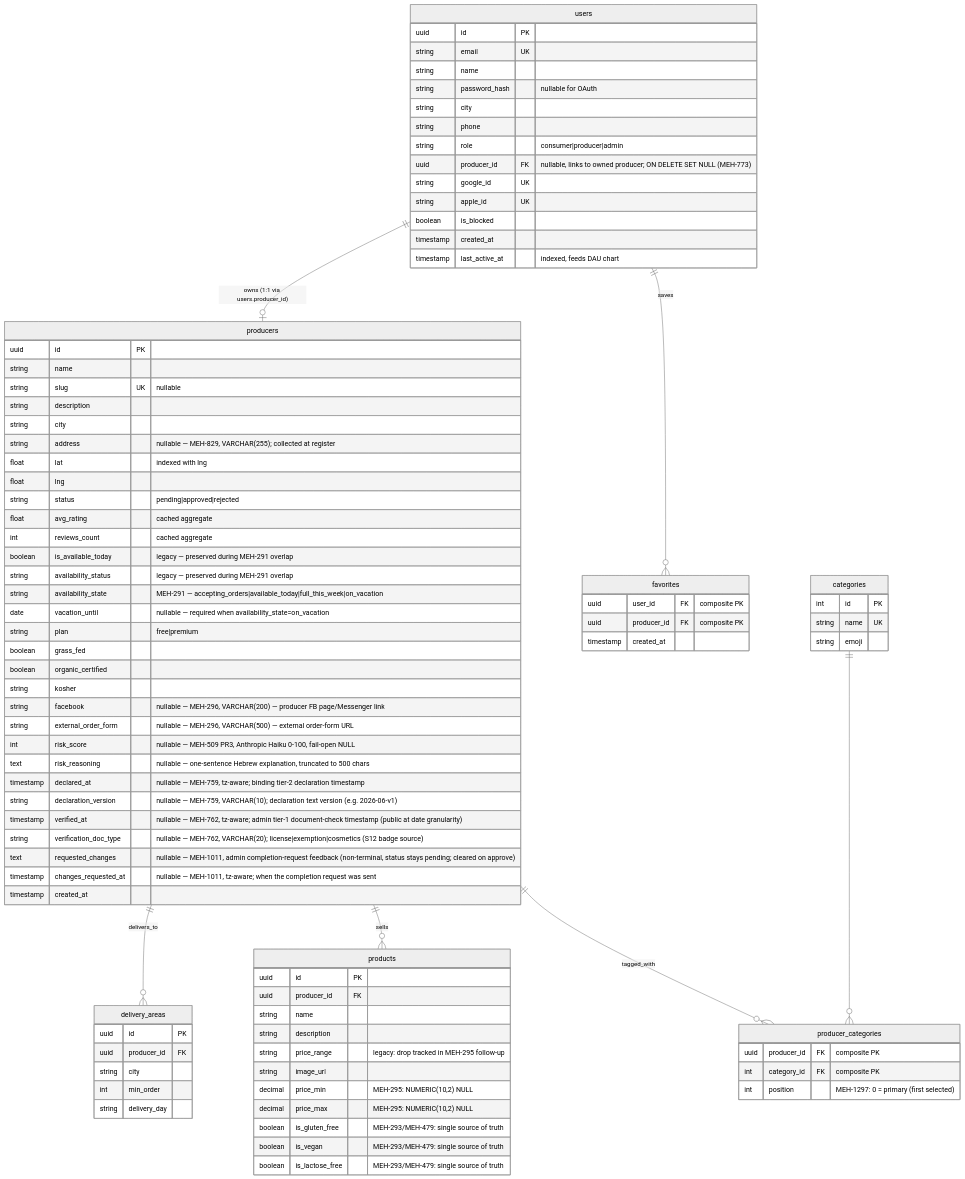
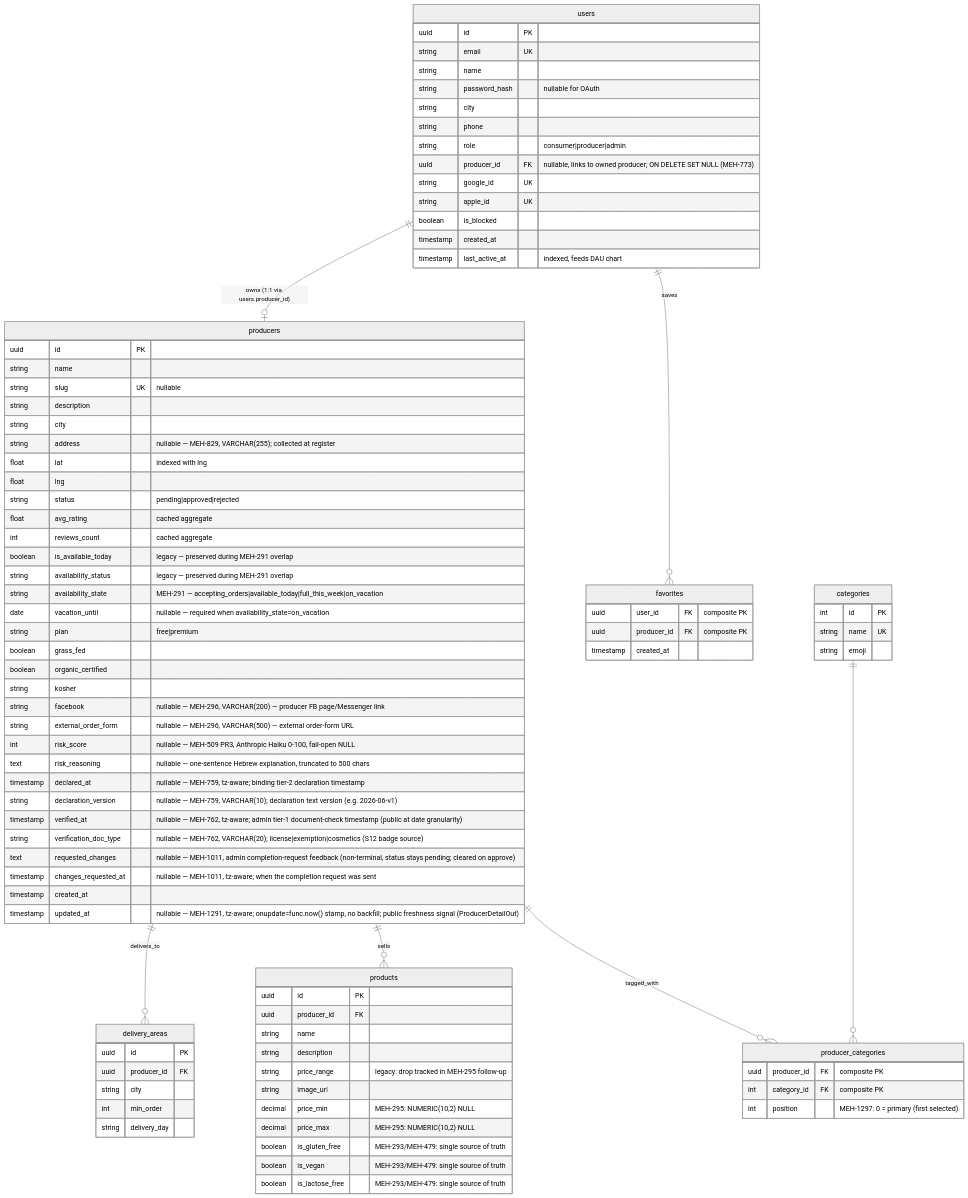
One commit to levismadar80-ship-it/FoodMamkor changed the first of 4 diagrams in .ai/diagrams/db-schema.md. Above: the diagram before and after it, drawn with Mermaid (neutral theme). The commit also changed 11 other files, not shown here.

First line of the commit message:
feat(producer): render "עודכן לאחרונה" freshness line (MEH-1291 Chunk B)

```diff
--- a/.ai/diagrams/db-schema.md
+++ b/.ai/diagrams/db-schema.md
@@ -68,6 +68,7 @@
         text requested_changes "nullable — MEH-1011, admin completion-request feedback (non-terminal, status stays pending; cleared on approve)"
         timestamp changes_requested_at "nullable — MEH-1011, tz-aware; when the completion request was sent"
         timestamp created_at
+        timestamp updated_at "nullable — MEH-1291, tz-aware; onupdate=func.now() stamp, no backfill; public freshness signal (ProducerDetailOut)"
     }
 
     categories {
```
